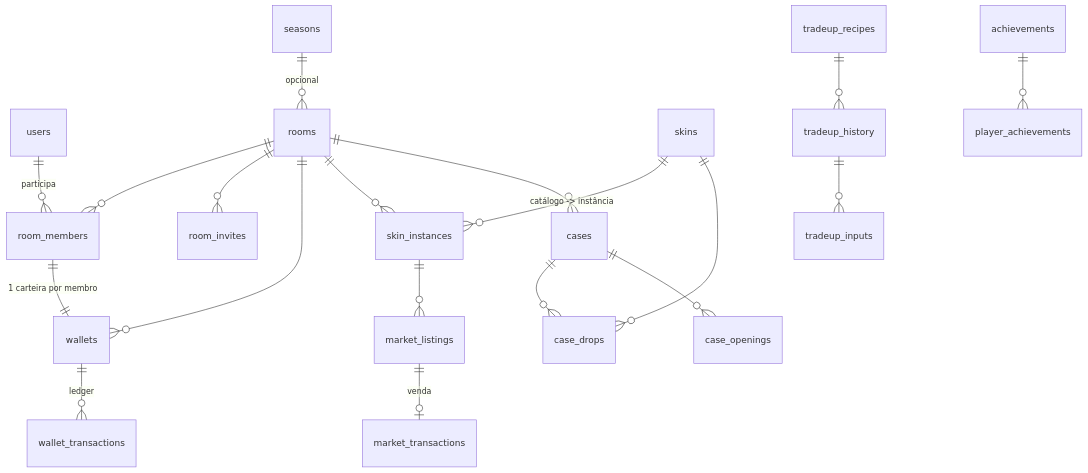
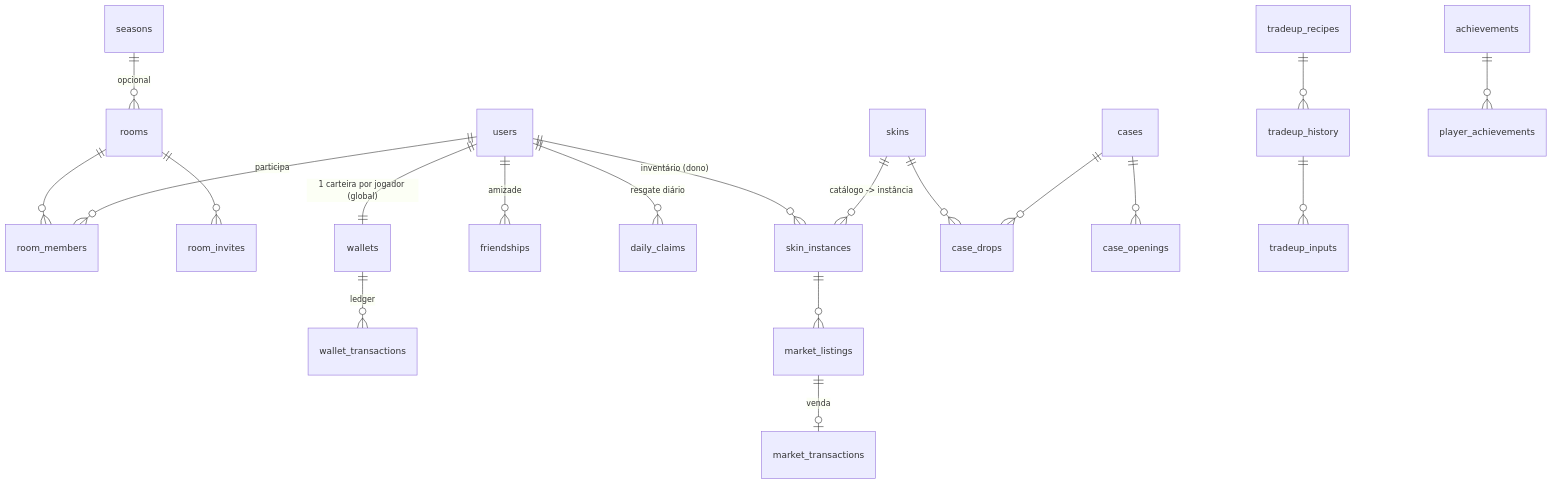
Before and after one commit to masterlxz/bahazar: the diagram in project/MODELO-DE-DADOS.md, drawn with Mermaid. The commit also changed other lines of this file and 12 other files, not shown here.

First line of the commit message:
docs: economia global por usuário e moeda virtual em USD (ADR 0010 e 0011) (#12)

````diff
--- a/project/MODELO-DE-DADOS.md
+++ b/project/MODELO-DE-DADOS.md
@@ -17,21 +19,21 @@
 ```mermaid
 erDiagram
   users ||--o{ room_members : "participa"
   rooms ||--o{ room_members : ""
   rooms ||--o{ room_invites : ""
-  rooms ||--o{ wallets : ""
-  room_members ||--|| wallets : "1 carteira por membro"
+  users ||--|| wallets : "1 carteira por jogador (global)"
+  users ||--o{ friendships : "amizade"
+  users ||--o{ daily_claims : "resgate diário"
   wallets ||--o{ wallet_transactions : "ledger"
   skins ||--o{ skin_instances : "catálogo -> instância"
-  rooms ||--o{ skin_instances : ""
+  users ||--o{ skin_instances : "inventário (dono)"
   skin_instances ||--o{ market_listings : ""
   market_listings ||--o| market_transactions : "venda"
-  rooms ||--o{ cases : ""
   cases ||--o{ case_drops : ""
   skins ||--o{ case_drops : ""
   cases ||--o{ case_openings : ""
   tradeup_recipes ||--o{ tradeup_history : ""
   tradeup_history ||--o{ tradeup_inputs : ""
   achievements ||--o{ player_achievements : ""
   seasons ||--o{ rooms : "opcional"
 ```
````
